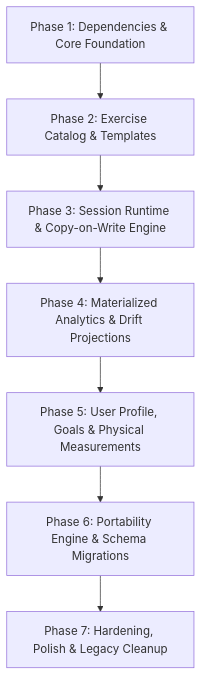
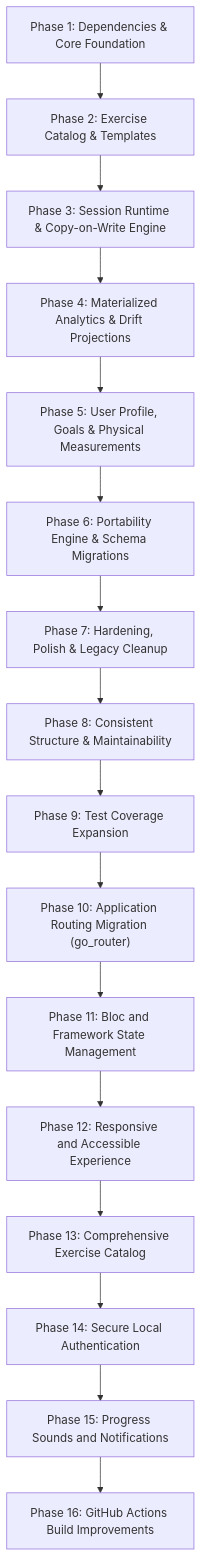
One commit to 0Vipin0/growth_gauge changed the diagram in docs/implementation-plan.md. Above: the diagram before and after it, drawn with Mermaid. The commit also changed other lines of this file and 80 other files, not shown here.

````diff
--- a/docs/implementation-plan.md
+++ b/docs/implementation-plan.md
@@ -75,9 +75,18 @@
 ```mermaid
 flowchart TD
     P1["Phase 1: Dependencies & Core Foundation"] --> P2["Phase 2: Exercise Catalog & Templates"]
     P2 --> P3["Phase 3: Session Runtime & Copy-on-Write Engine"]
     P3 --> P4["Phase 4: Materialized Analytics & Drift Projections"]
     P4 --> P5["Phase 5: User Profile, Goals & Physical Measurements"]
     P5 --> P6["Phase 6: Portability Engine & Schema Migrations"]
     P6 --> P7["Phase 7: Hardening, Polish & Legacy Cleanup"]
+    P7 --> P8["Phase 8: Consistent Structure & Maintainability"]
+    P8 --> P9["Phase 9: Test Coverage Expansion"]
+    P9 --> P10["Phase 10: Application Routing Migration (go_router)"]
+    P10 --> P11["Phase 11: Bloc and Framework State Management"]
+    P11 --> P12["Phase 12: Responsive and Accessible Experience"]
+    P12 --> P13["Phase 13: Comprehensive Exercise Catalog"]
+    P13 --> P14["Phase 14: Secure Local Authentication"]
+    P14 --> P15["Phase 15: Progress Sounds and Notifications"]
+    P15 --> P16["Phase 16: GitHub Actions Build Improvements"]
 ```
````
